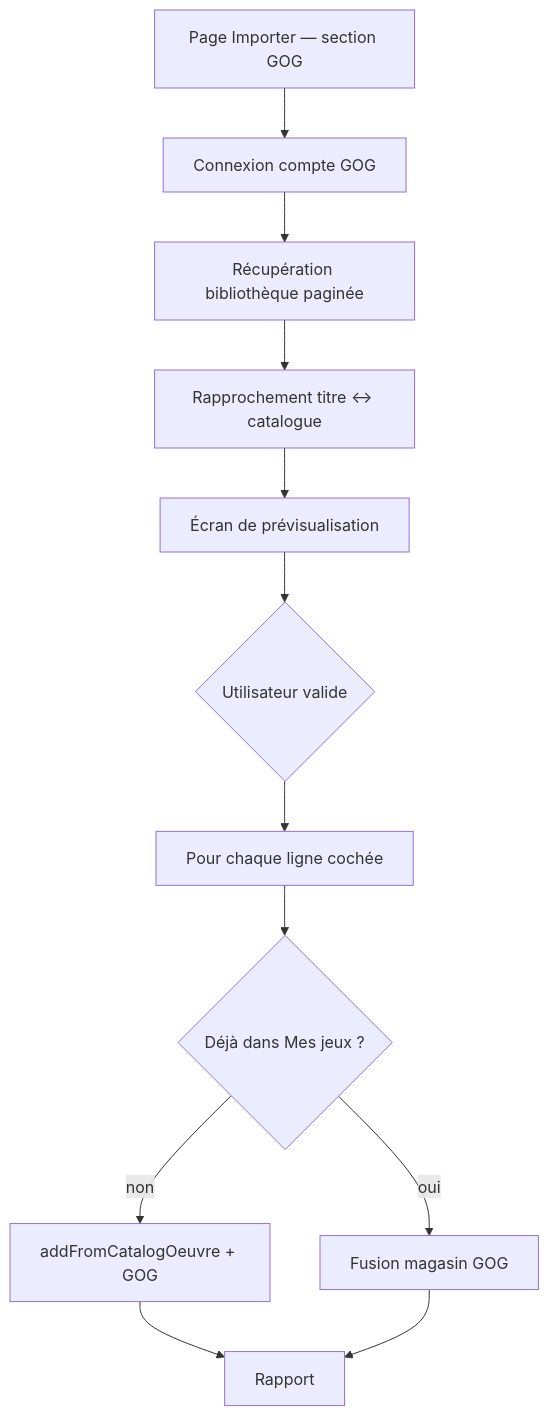
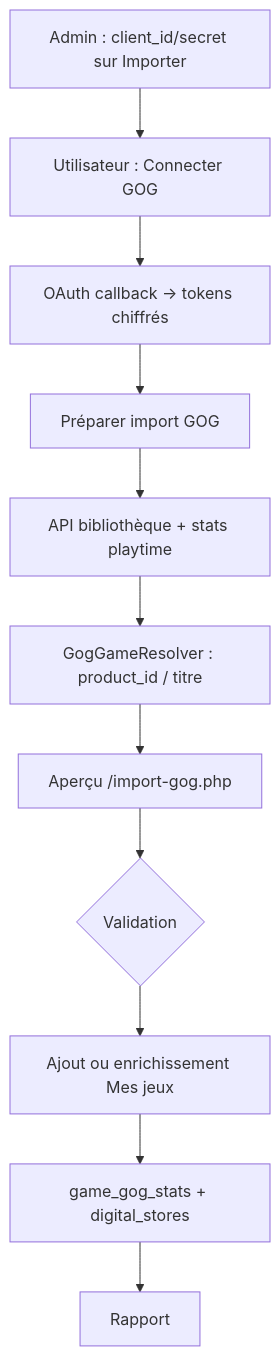
One commit to daryl40000/mediatheque changed the diagram in doc/import-gog.md. Above: the diagram before and after it, drawn with Mermaid. The commit also changed other lines of this file and 70 other files, not shown here.

````diff
--- a/doc/import-gog.md
+++ b/doc/import-gog.md
@@ -51,14 +262,13 @@
 ```mermaid
 flowchart TD
-  A[Page Importer — section GOG] --> B[Connexion compte GOG]
-  B --> C[Récupération bibliothèque paginée]
-  C --> D[Rapprochement titre ↔ catalogue]
-  D --> E[Écran de prévisualisation]
-  E --> F{Utilisateur valide}
-  F --> G[Pour chaque ligne cochée]
-  G --> H{Déjà dans Mes jeux ?}
-  H -->|non| I[addFromCatalogOeuvre + GOG]
-  H -->|oui| J[Fusion magasin GOG]
-  I --> K[Rapport]
-  J --> K
+  A[Admin : client_id/secret sur Importer] --> B[Utilisateur : Connecter GOG]
+  B --> C[OAuth callback → tokens chiffrés]
+  C --> D[Préparer import GOG]
+  D --> E[API bibliothèque + stats playtime]
+  E --> F[GogGameResolver : product_id / titre]
+  F --> G[Aperçu /import-gog.php]
+  G --> H{Validation}
+  H --> I[Ajout ou enrichissement Mes jeux]
+  I --> J[game_gog_stats + digital_stores]
+  J --> K[Rapport]
 ```
````
